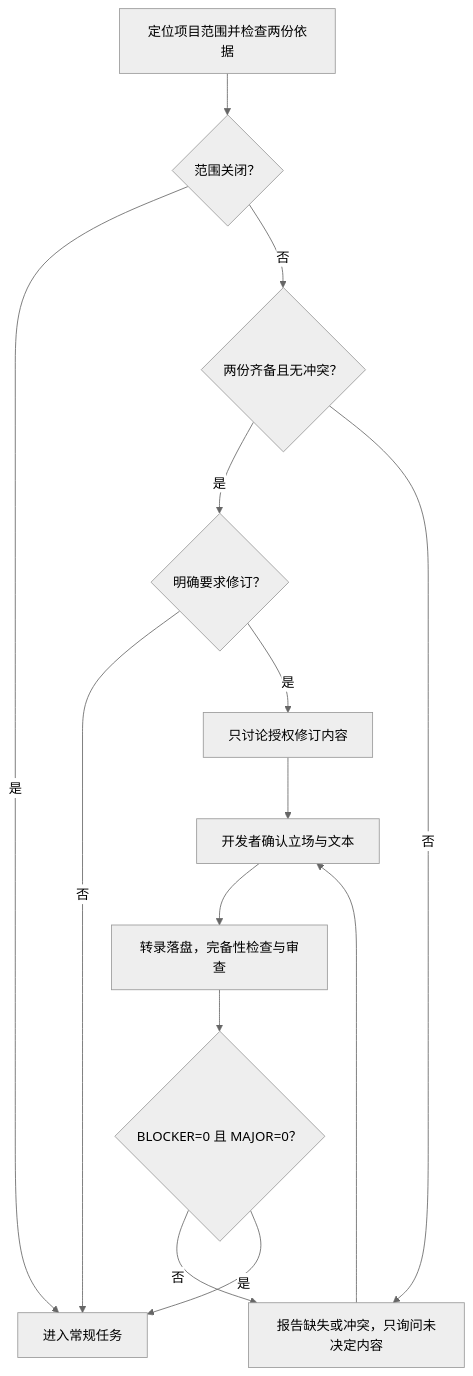
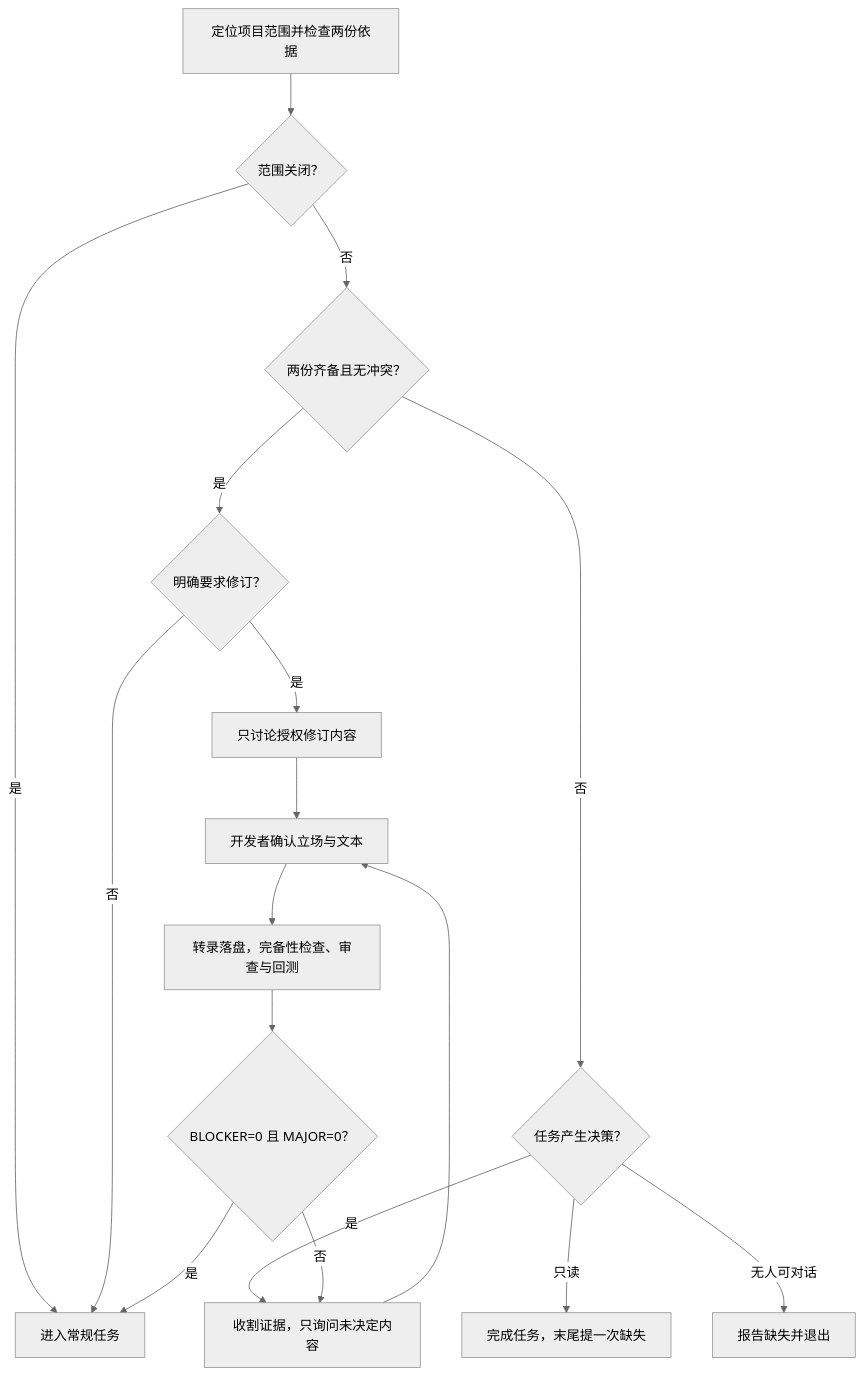
One commit to hhyy668/constitution-layer changed the diagram in plugins/constitution-layer/skills/constitution-brainstorm/SKILL.md. Above: the diagram before and after it, drawn with Mermaid (neutral theme). The commit also changed other lines of this file and 12 other files, not shown here.

````diff
--- a/plugins/constitution-layer/skills/constitution-brainstorm/SKILL.md
+++ b/plugins/constitution-layer/skills/constitution-brainstorm/SKILL.md
@@ -86,16 +145,19 @@
 ```mermaid
 flowchart TD
     A[定位项目范围并检查两份依据] --> B{范围关闭？}
     B -- 是 --> Z[进入常规任务]
     B -- 否 --> C{两份齐备且无冲突？}
     C -- 是 --> D{明确要求修订？}
     D -- 否 --> Z
     D -- 是 --> E[只讨论授权修订内容]
-    C -- 否 --> F[报告缺失或冲突，只询问未决定内容]
+    C -- 否 --> T{任务产生决策？}
+    T -- 只读 --> Y[完成任务，末尾提一次缺失]
+    T -- 无人可对话 --> X[报告缺失并退出]
+    T -- 是 --> F[收割证据，只询问未决定内容]
     E --> G[开发者确认立场与文本]
     F --> G
-    G --> H[转录落盘，完备性检查与审查]
+    G --> H[转录落盘，完备性检查、审查与回测]
     H --> I{BLOCKER=0 且 MAJOR=0？}
     I -- 否 --> F
     I -- 是 --> Z
 ```
````
